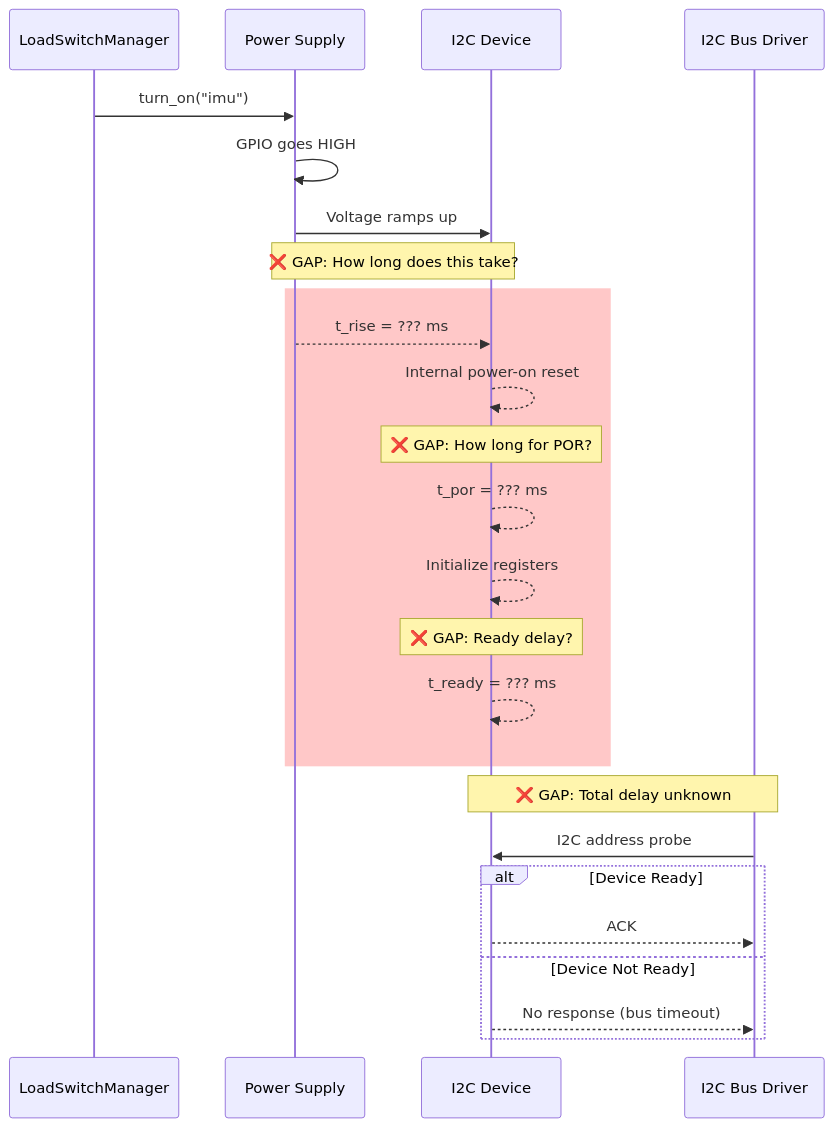
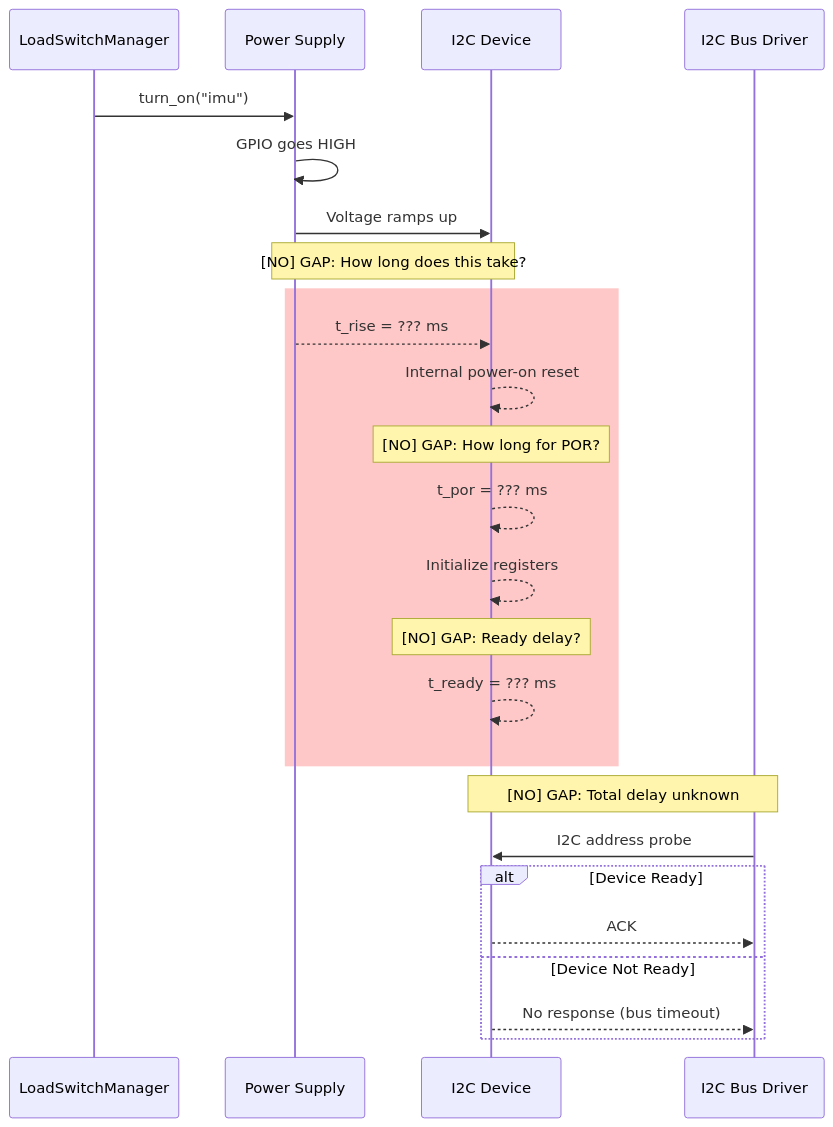
The first of 9 diagrams in docs/diagrams/knowledge-gaps.md (Lizo-RoadTown/PROVES_LIBRARY), drawn with Mermaid before and after one commit. The commit also changed other lines of this file and 152 other files, not shown here.

````diff
--- a/docs/diagrams/knowledge-gaps.md
+++ b/docs/diagrams/knowledge-gaps.md
@@ -36,30 +36,30 @@
 ```mermaid
 sequenceDiagram
     participant LSM as LoadSwitchManager
     participant Power as Power Supply
     participant Device as I2C Device
     participant Driver as I2C Bus Driver
 
     LSM->>Power: turn_on("imu")
     Power->>Power: GPIO goes HIGH
     Power->>Device: Voltage ramps up
 
-    Note over Power,Device: ❌ GAP: How long does this take?
+    Note over Power,Device: [NO] GAP: How long does this take?
     rect rgb(255, 200, 200)
         Power-->>Device: t_rise = ??? ms
         Device-->>Device: Internal power-on reset
-        Note over Device: ❌ GAP: How long for POR?
+        Note over Device: [NO] GAP: How long for POR?
         Device-->>Device: t_por = ??? ms
         Device-->>Device: Initialize registers
-        Note over Device: ❌ GAP: Ready delay?
+        Note over Device: [NO] GAP: Ready delay?
         Device-->>Device: t_ready = ??? ms
     end
 
-    Note over Device,Driver: ❌ GAP: Total delay unknown
+    Note over Device,Driver: [NO] GAP: Total delay unknown
     Driver->>Device: I2C address probe
     alt Device Ready
         Device-->>Driver: ACK
     else Device Not Ready
         Device-->>Driver: No response (bus timeout)
     end
 ```
````
